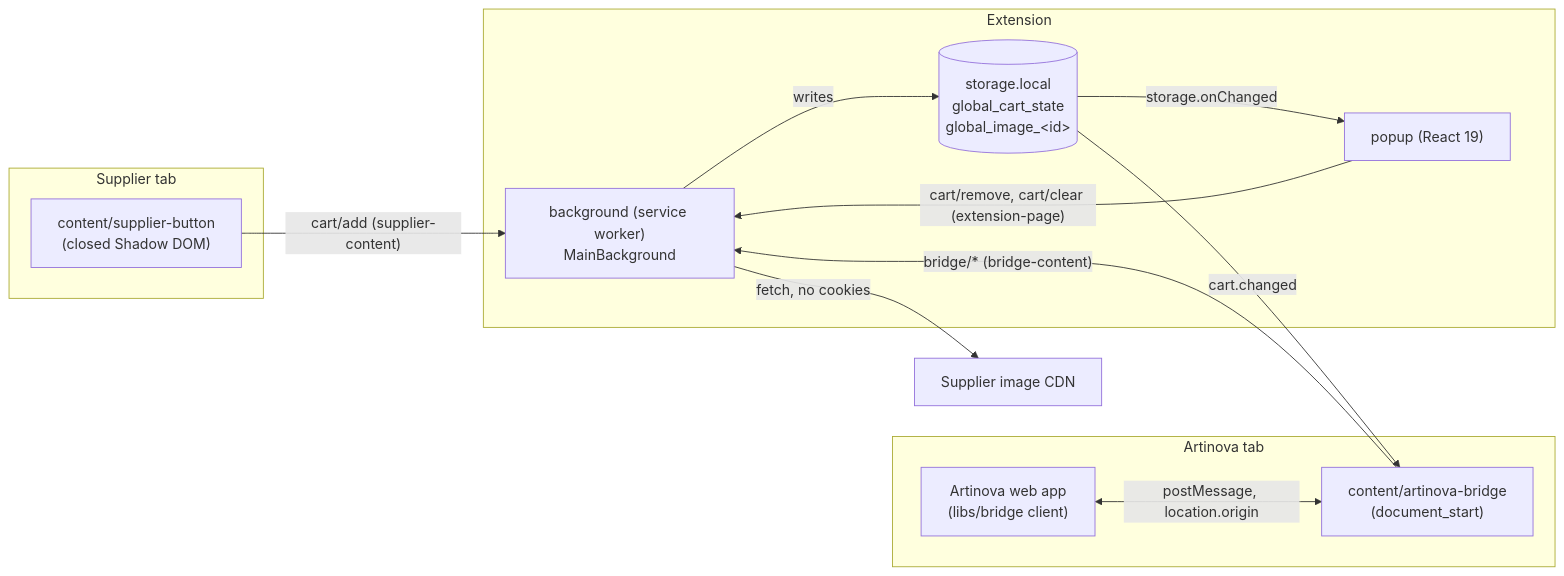
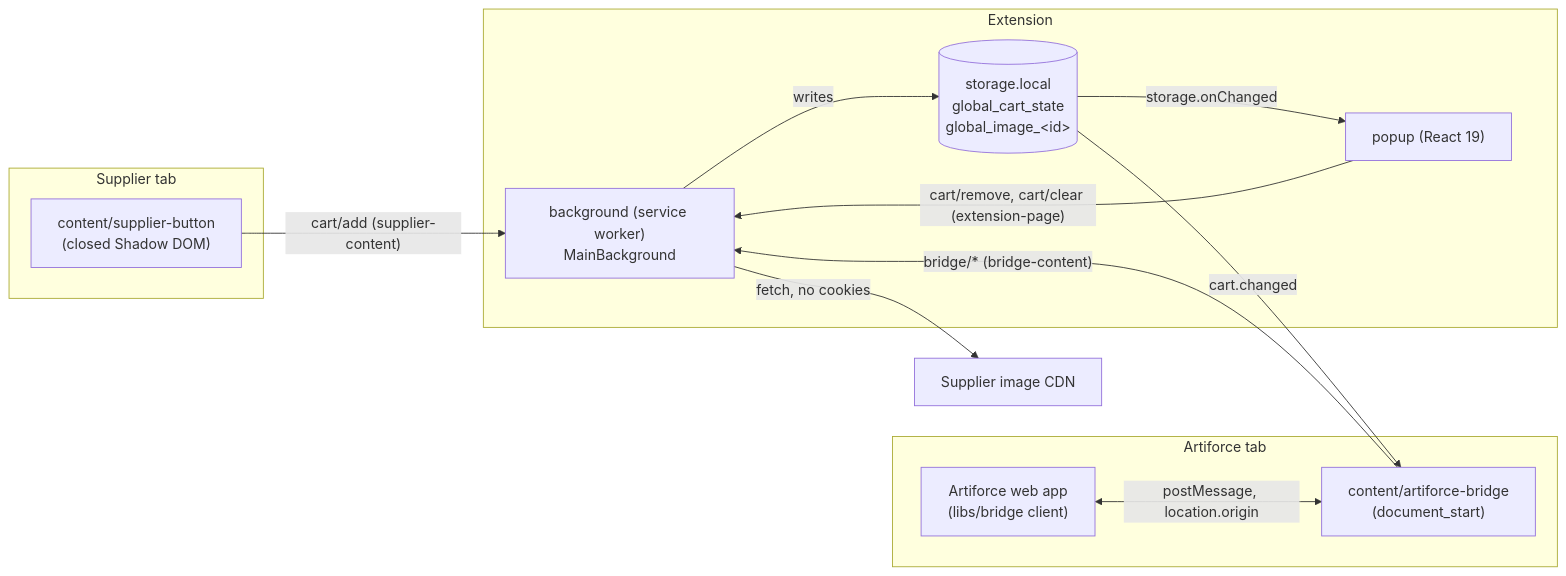
Before and after one commit to artinova-software/artiforce-extension: the diagram in docs/architecture.md, drawn with Mermaid. The commit also changed other lines of this file and 88 other files, not shown here.

Commit message:
refactor(branding): rename Artinova to Artiforce across repository

````diff
--- a/docs/architecture.md
+++ b/docs/architecture.md
@@ -8,25 +8,25 @@
 ```mermaid
 flowchart LR
   subgraph Supplier tab
     SB["content/supplier-button<br/>(closed Shadow DOM)"]
   end
-  subgraph Artinova tab
-    APP["Artinova web app<br/>(libs/bridge client)"]
-    BR["content/artinova-bridge<br/>(document_start)"]
+  subgraph Artiforce tab
+    APP["Artiforce web app<br/>(libs/bridge client)"]
+    BR["content/artiforce-bridge<br/>(document_start)"]
   end
   subgraph Extension
     SW["background (service worker)<br/>MainBackground"]
     POP["popup (React 19)"]
     ST[("storage.local<br/>global_cart_state<br/>global_image_&lt;id&gt;")]
   end
   CDN["Supplier image CDN"]
 
   SB -- "cart/add (supplier-content)" --> SW
   POP -- "cart/remove, cart/clear (extension-page)" --> SW
   APP <-- "postMessage, location.origin" --> BR
   BR -- "bridge/* (bridge-content)" --> SW
   SW -- "fetch, no cookies" --> CDN
   SW -- writes --> ST
   ST -- "storage.onChanged" --> POP
   ST -- "cart.changed" --> BR
 ```
````
